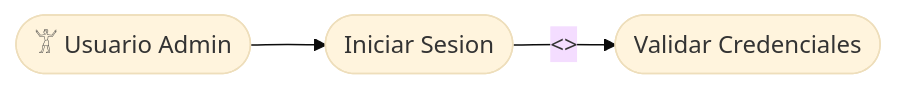
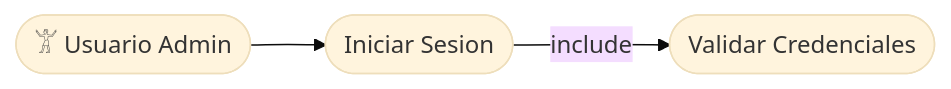
One commit to ingcdsantamaria/Degorra changed the third of 7 diagrams in README.md. Above: the diagram before and after it, drawn with Mermaid (base theme). The commit also changed other lines of this file, not shown here.

````diff
--- a/README.md
+++ b/README.md
@@ -86,8 +87,8 @@
 ```mermaid
 flowchart LR
   A([" 𓀠 Usuario Admin"])
   B(["Iniciar Sesion"])
   C(["Validar Credenciales"])
   A-->B
-  B--"<<include>>"-->C
+  B--include-->C
 ```
````
